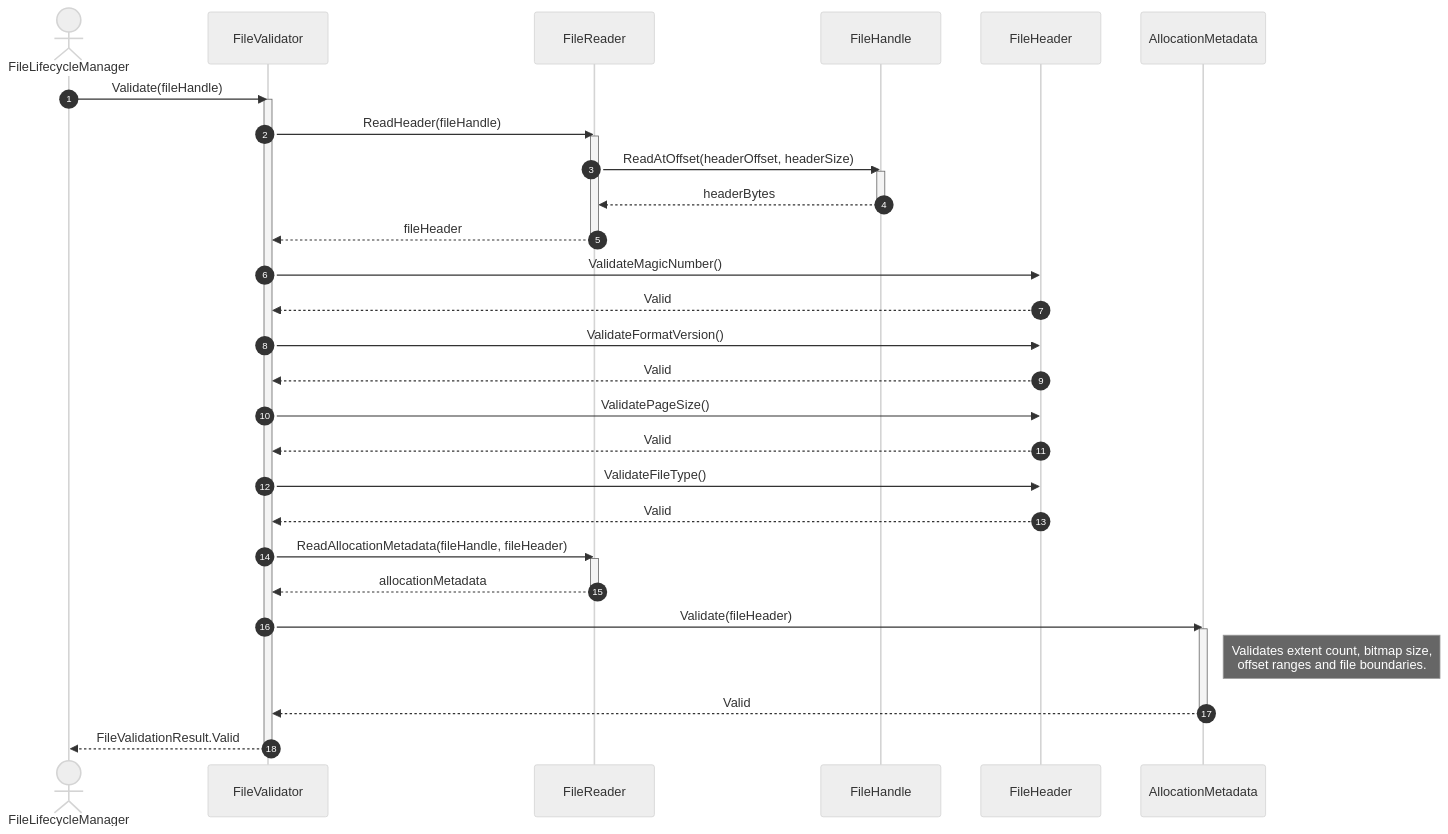
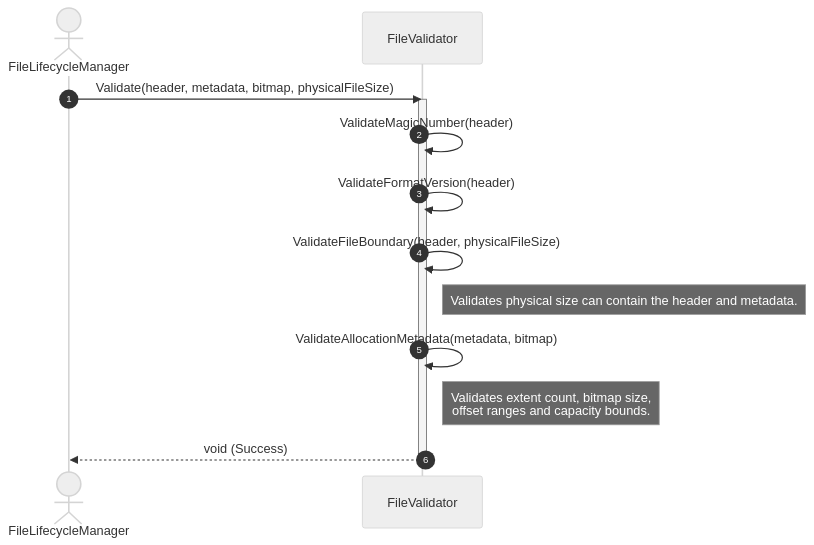
Before and after one commit to manaxpow/DBMS: the first of 4 diagrams in docs/diagrams/sequence-diagrams/storage-engine/file-management/file-lifecycle/validate-file.md, drawn with Mermaid (neutral theme). The commit also changed other lines of this file and 35 other files, not shown here.

````diff
--- a/docs/diagrams/sequence-diagrams/storage-engine/file-management/file-lifecycle/validate-file.md
+++ b/docs/diagrams/sequence-diagrams/storage-engine/file-management/file-lifecycle/validate-file.md
@@ -18,49 +18,23 @@
 ```mermaid
 sequenceDiagram
     autonumber
 
     actor FLM as FileLifecycleManager
     participant FV as FileValidator
-    participant FR as FileReader
-    participant FH as FileHandle
-    participant H as FileHeader
-    participant AM as AllocationMetadata
 
-    FLM->>FV: Validate(fileHandle)
+    FLM->>FV: Validate(header, metadata, bitmap, physicalFileSize)
     activate FV
 
-    FV->>FR: ReadHeader(fileHandle)
-    activate FR
-    FR->>FH: ReadAtOffset(headerOffset, headerSize)
-    activate FH
-    FH-->>FR: headerBytes
-    deactivate FH
-    FR-->>FV: fileHeader
-    deactivate FR
+    FV->>FV: ValidateMagicNumber(header)
+    FV->>FV: ValidateFormatVersion(header)
+    FV->>FV: ValidateFileBoundary(header, physicalFileSize)
+    
+    note right of FV: Validates physical size can contain the header and metadata.
 
-    FV->>H: ValidateMagicNumber()
-    H-->>FV: Valid
+    FV->>FV: ValidateAllocationMetadata(metadata, bitmap)
 
-    FV->>H: ValidateFormatVersion()
-    H-->>FV: Valid
+    note right of FV: Validates extent count, bitmap size,<br/>offset ranges and capacity bounds.
 
-    FV->>H: ValidatePageSize()
-    H-->>FV: Valid
-
-    FV->>H: ValidateFileType()
-    H-->>FV: Valid
-
-    FV->>FR: ReadAllocationMetadata(fileHandle, fileHeader)
-    activate FR
-    FR-->>FV: allocationMetadata
-    deactivate FR
-
-    FV->>AM: Validate(fileHeader)
-    activate AM
-    note right of AM: Validates extent count, bitmap size,<br/>offset ranges and file boundaries.
-    AM-->>FV: Valid
-    deactivate AM
-
-    FV-->>FLM: FileValidationResult.Valid
+    FV-->>FLM: void (Success)
     deactivate FV
 ```
````
